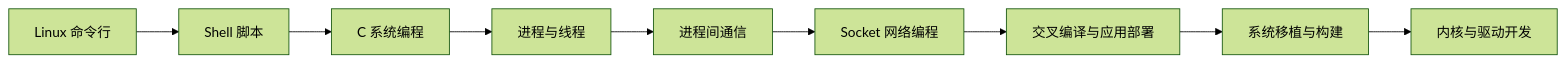
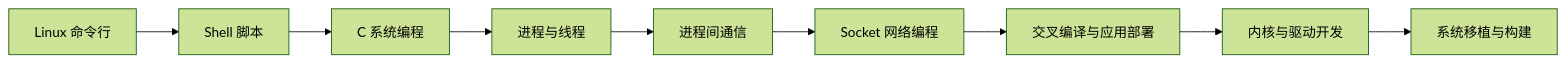
One commit to vow0328/embedded-learning-guide changed the diagram in docs/08-嵌入式Linux/01-学习路线与环境.md. Above: the diagram before and after it, drawn with Mermaid (forest theme). The commit also changed other lines of this file and 15 other files, not shown here.

````diff
--- a/docs/08-嵌入式Linux/01-学习路线与环境.md
+++ b/docs/08-嵌入式Linux/01-学习路线与环境.md
@@ -63,11 +63,11 @@
 ```mermaid
 graph LR
     A[Linux 命令行] --> B[Shell 脚本]
     B --> C[C 系统编程]
     C --> D[进程与线程]
     D --> E[进程间通信]
     E --> F[Socket 网络编程]
     F --> G[交叉编译与应用部署]
-    G --> H[系统移植与构建]
-    H --> I[内核与驱动开发]
+    G --> H[内核与驱动开发]
+    H --> I[系统移植与构建]
 ```
````
